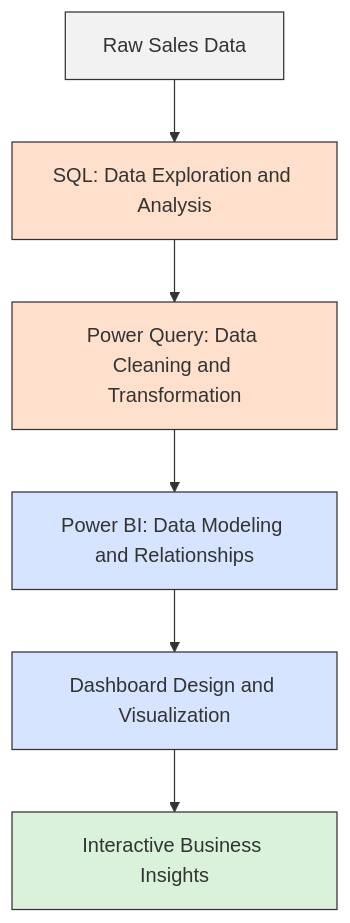
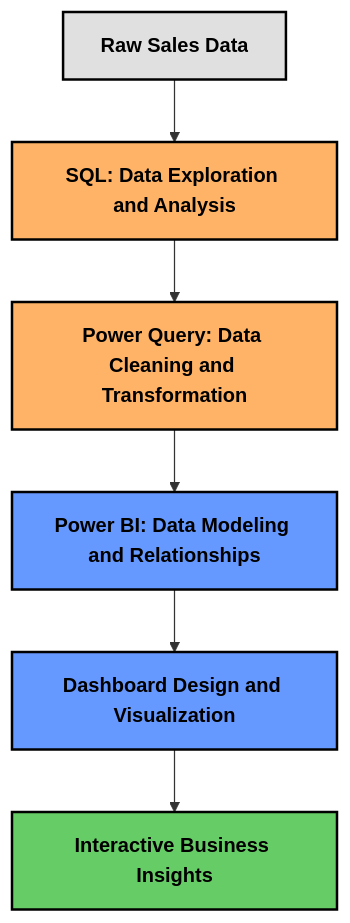
Before and after one commit to armaans-29/Business-Sales-Insight: the first of 2 diagrams in README.md, drawn with Mermaid. The commit also changed other lines of this file, not shown here.

````diff
--- a/README.md
+++ b/README.md
@@ -40,15 +40,16 @@
 ```mermaid
 flowchart TD
     A[Raw Sales Data] --> B[SQL: Data Exploration and Analysis]
     B --> C[Power Query: Data Cleaning and Transformation]
     C --> D[Power BI: Data Modeling and Relationships]
     D --> E[Dashboard Design and Visualization]
     E --> F[Interactive Business Insights]
 
-    style A fill:#f2f2f2,stroke:#333,stroke-width:1px
-    style B fill:#ffe0cc,stroke:#333,stroke-width:1px
-    style C fill:#ffe0cc,stroke:#333,stroke-width:1px
-    style D fill:#d6e4ff,stroke:#333,stroke-width:1px
-    style E fill:#d6e4ff,stroke:#333,stroke-width:1px
-    style F fill:#d9f2d9,stroke:#333,stroke-width:1px
+    classDef default color:#000000,font-weight:bold,stroke-width:2px;
+    style A fill:#e0e0e0,stroke:#000000,color:#000000
+    style B fill:#ffb366,stroke:#000000,color:#000000
+    style C fill:#ffb366,stroke:#000000,color:#000000
+    style D fill:#6699ff,stroke:#000000,color:#000000
+    style E fill:#6699ff,stroke:#000000,color:#000000
+    style F fill:#66cc66,stroke:#000000,color:#000000
 ```
````
